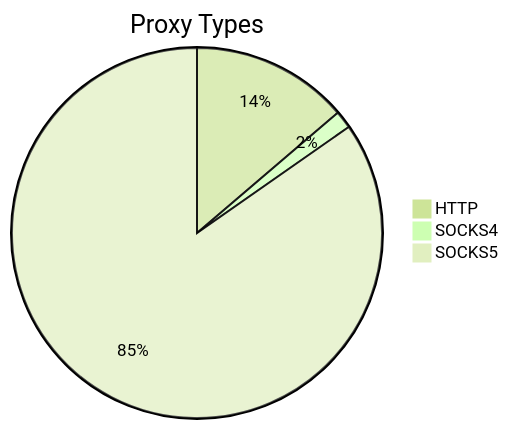
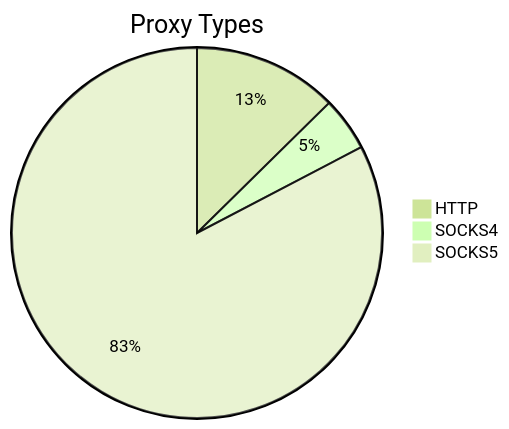
One commit to stormsia/proxy-list changed the first of 2 diagrams in README.md. Above: the diagram before and after it, drawn with Mermaid (forest theme). The commit also changed other lines of this file, not shown here.

````diff
--- a/README.md
+++ b/README.md
@@ -21,6 +21,6 @@
 ```mermaid
 pie title Proxy Types
-    "HTTP" : 160
-    "SOCKS4" : 18
-    "SOCKS5" : 986
+    "HTTP" : 346
+    "SOCKS4" : 129
+    "SOCKS5" : 2266
 ```
````
